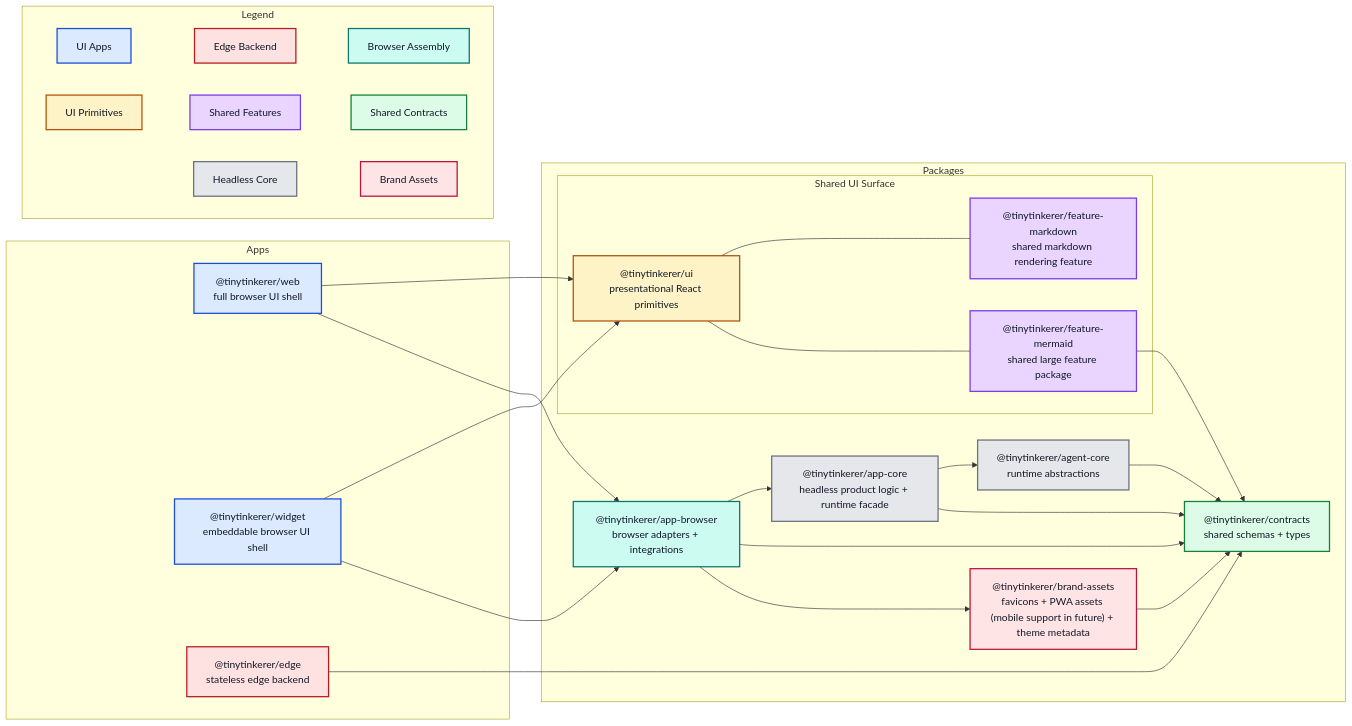
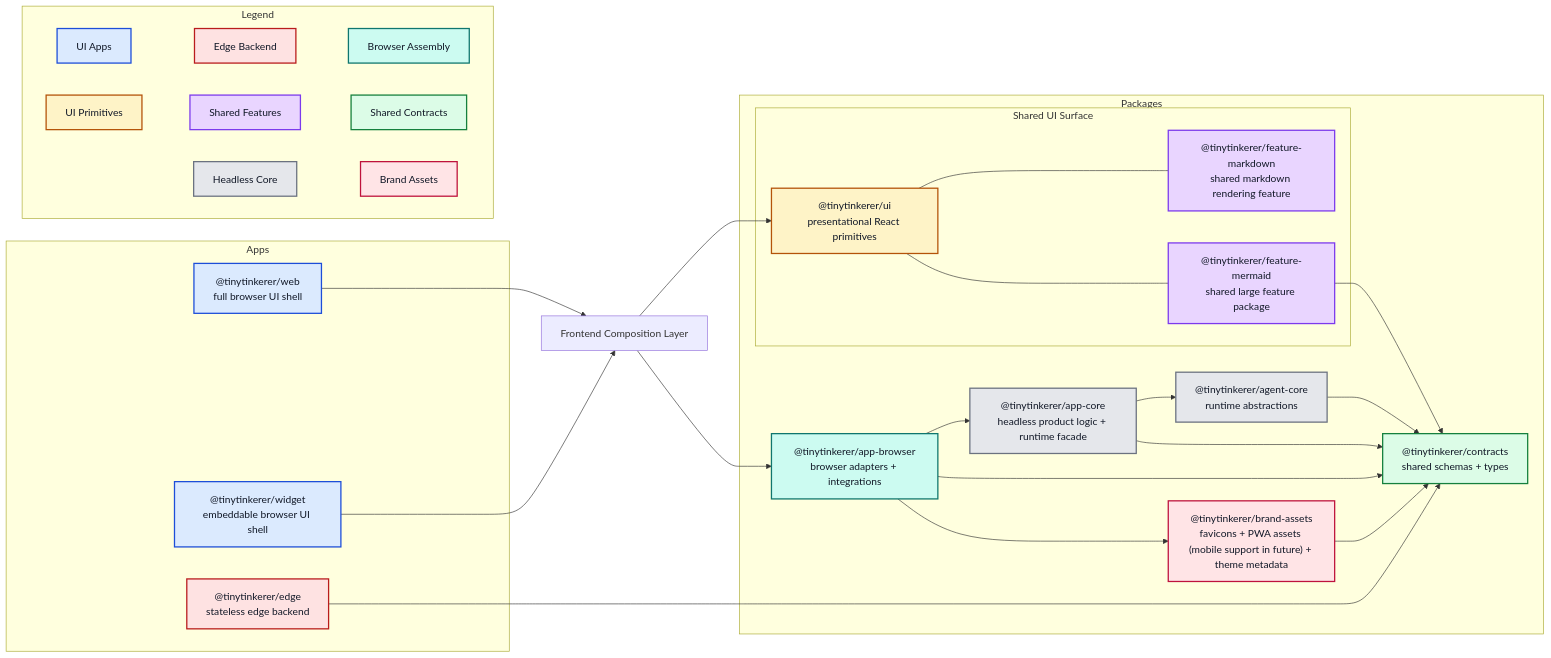
One commit to NNTin/tinytinkerer changed the diagram in docs/ARCHITECTURE.md. Above: the diagram before and after it, drawn with Mermaid.

Commit message:
style: simplified mermaid diagram

```diff
--- a/docs/ARCHITECTURE.md
+++ b/docs/ARCHITECTURE.md
@@ -20,6 +20,8 @@
     widget["@tinytinkerer/widget<br/>embeddable browser UI shell"]
     edge["@tinytinkerer/edge<br/>stateless edge backend"]
   end
+
+  common["Frontend Composition Layer"]
 
   subgraph Packages
     contracts["@tinytinkerer/contracts<br/>shared schemas + types"]
@@ -36,12 +38,12 @@
     end
   end
 
-  web --> ui
-  web --> appbrowser
+  web --> common
+  widget --> common
 
-  widget --> ui
-  widget --> appbrowser
-
+  common --> ui
+  common --> appbrowser
+  
   edge --> contracts
 
   appcore --> agent
```
